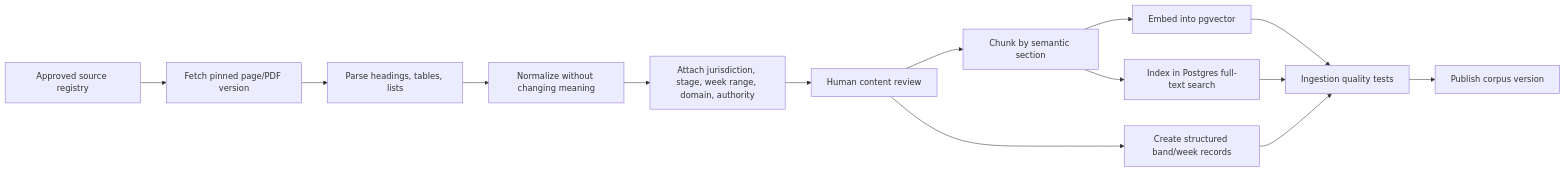
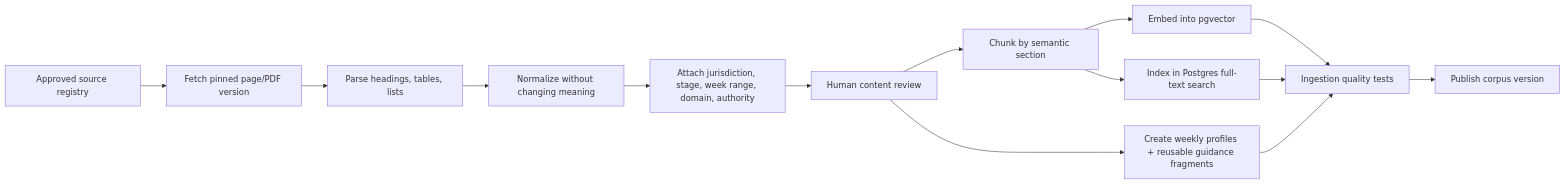
The second of 4 diagrams in docs/Nestline updated architecture.md (ASWATHHARISH/nestline), drawn with Mermaid before and after one commit. The commit also changed other lines of this file and 1 other file, not shown here.

Commit message:
docs: make Nestline Streamlit and fully weekly

````diff
--- a/docs/Nestline updated architecture.md
+++ b/docs/Nestline updated architecture.md
@@ -338,16 +342,16 @@
 ```mermaid
 flowchart LR
     A["Approved source registry"] --> B["Fetch pinned page/PDF version"]
     B --> C["Parse headings, tables, lists"]
     C --> D["Normalize without changing meaning"]
     D --> E["Attach jurisdiction, stage, week range, domain, authority"]
     E --> F["Human content review"]
     F --> G["Chunk by semantic section"]
     G --> H["Embed into pgvector"]
     G --> I["Index in Postgres full-text search"]
-    F --> J["Create structured band/week records"]
+    F --> J["Create weekly profiles + reusable guidance fragments"]
     H --> K["Ingestion quality tests"]
     I --> K
     J --> K
     K --> L["Publish corpus version"]
 ```
````
